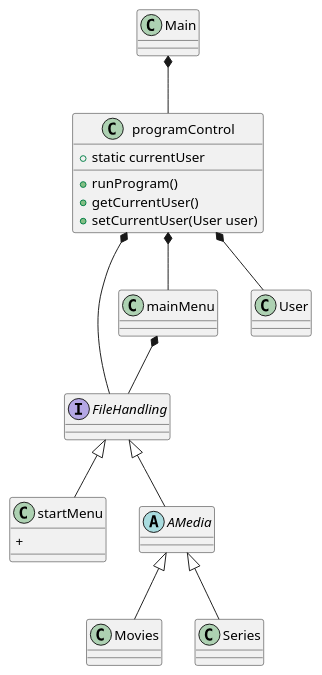
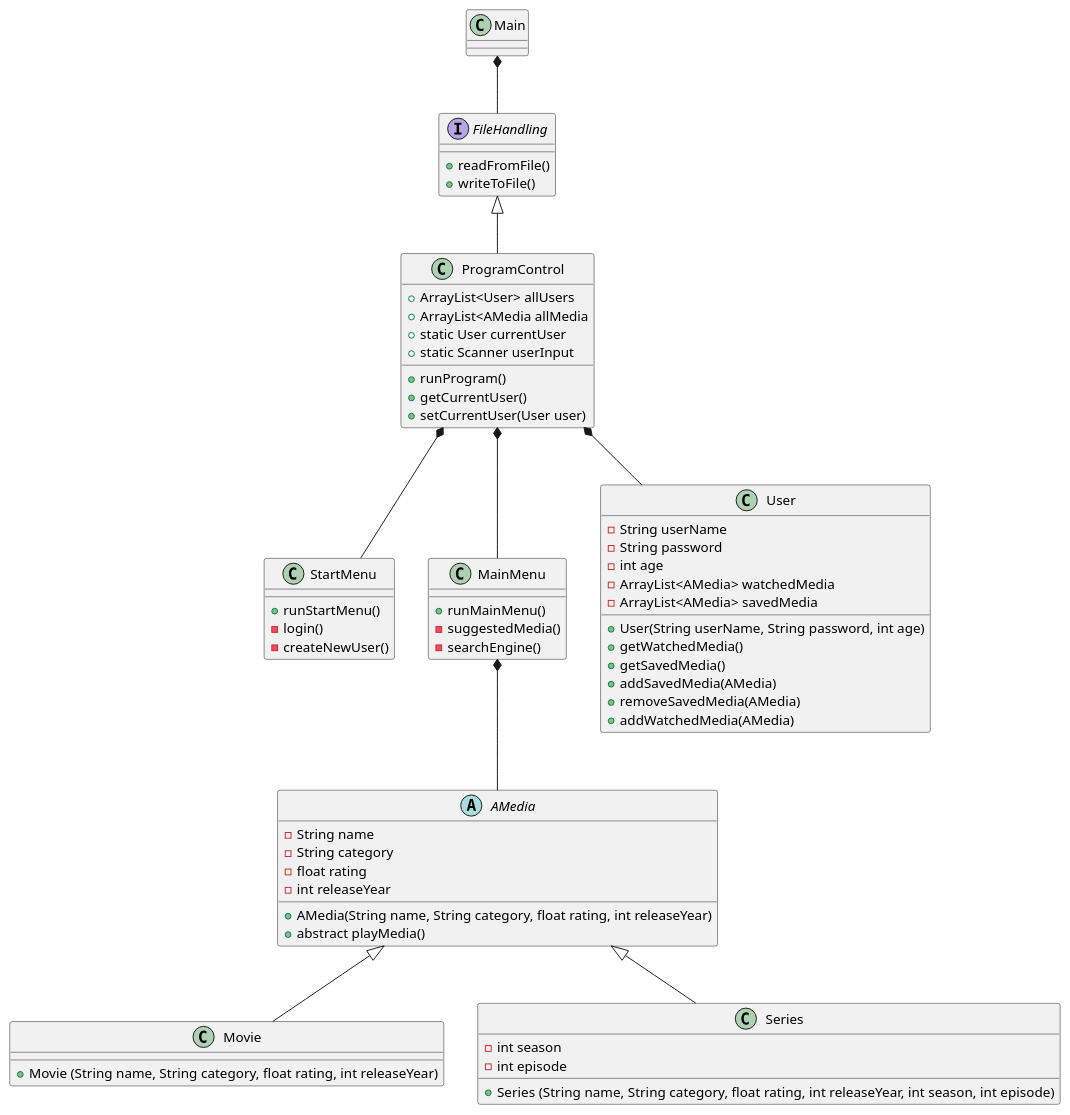
One commit to MrJustMeDahl/SP3---Streamingtjeneste changed the diagram in Design/Streamingservice design.puml. Above: the diagram before and after it, drawn with PlantUML.

Commit message:
Update Streamingservice design.puml
Updated planuml design

```diff
--- a/Design/Streamingservice design.puml
+++ b/Design/Streamingservice design.puml
@@ -1,48 +1,73 @@
 @startuml
 class Main
-Main *-- programControl
-programControl *-- FileHandling
-FileHandling <|-- startMenu
-programControl *-- mainMenu
-programControl *-- User
-mainMenu *-- FileHandling
-FileHandling <|-- AMedia
-AMedia <|-- Movies
+Main *-- FileHandling
+FileHandling <|-- ProgramControl
+ProgramControl *-- StartMenu
+ProgramControl *-- MainMenu
+ProgramControl *-- User
+
+MainMenu *-- AMedia
+AMedia <|-- Movie
 AMedia <|-- Series
 
-class programControl{
-+ static currentUser
+class ProgramControl{
++ ArrayList<User> allUsers
++ ArrayList<AMedia allMedia
++ static User currentUser
++ static Scanner userInput
 + runProgram()
 + getCurrentUser()
 + setCurrentUser(User user)
 }
 
-class startMenu{
-+
+class StartMenu{
++ runStartMenu()
+- login()
+- createNewUser()
 }
 
-class mainMenu{
-
+class MainMenu{
++ runMainMenu()
+- suggestedMedia()
+- searchEngine()
 }
 
 abstract class AMedia{
-
+- String name
+- String category
+- float rating
+- int releaseYear
++ AMedia(String name, String category, float rating, int releaseYear)
++ abstract playMedia()
 }
 
-class Movies{
-
+class Movie{
++ Movie (String name, String category, float rating, int releaseYear)
 }
 
 class Series{
-
+- int season
+- int episode
++ Series (String name, String category, float rating, int releaseYear, int season, int episode)
 }
 
 class User{
-
+- String userName
+- String password
+- int age
+- ArrayList<AMedia> watchedMedia
+- ArrayList<AMedia> savedMedia
++ User(String userName, String password, int age)
++ getWatchedMedia()
++ getSavedMedia()
++ addSavedMedia(AMedia)
++ removeSavedMedia(AMedia)
++ addWatchedMedia(AMedia)
 }
 
 interface FileHandling{
-
++ readFromFile()
++ writeToFile()
 }
 
 @enduml
```
